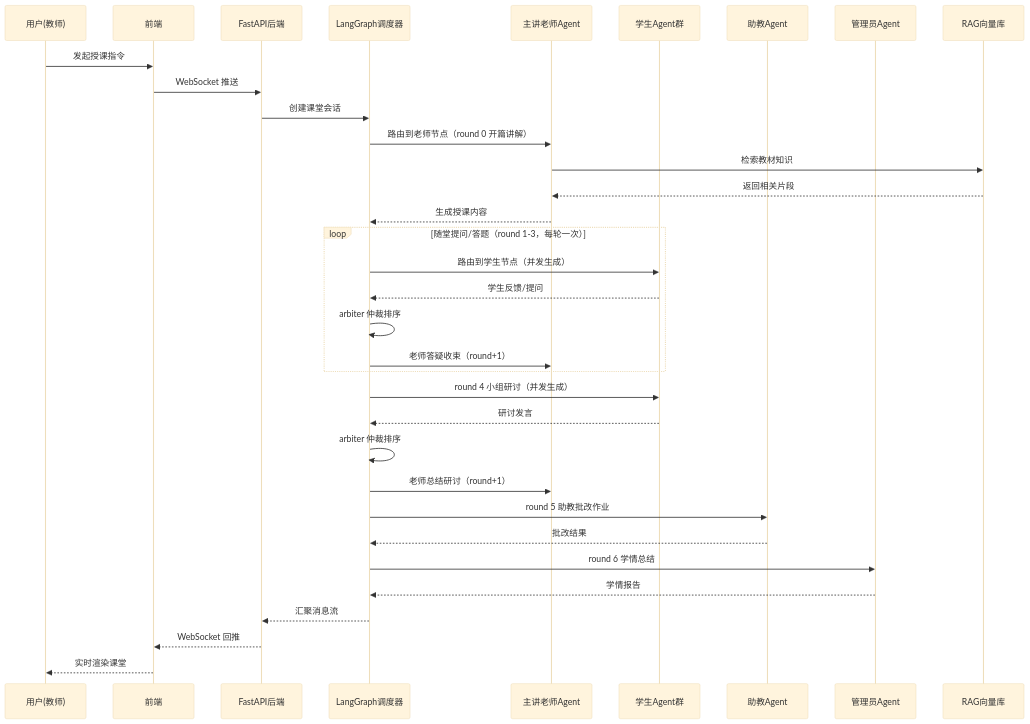
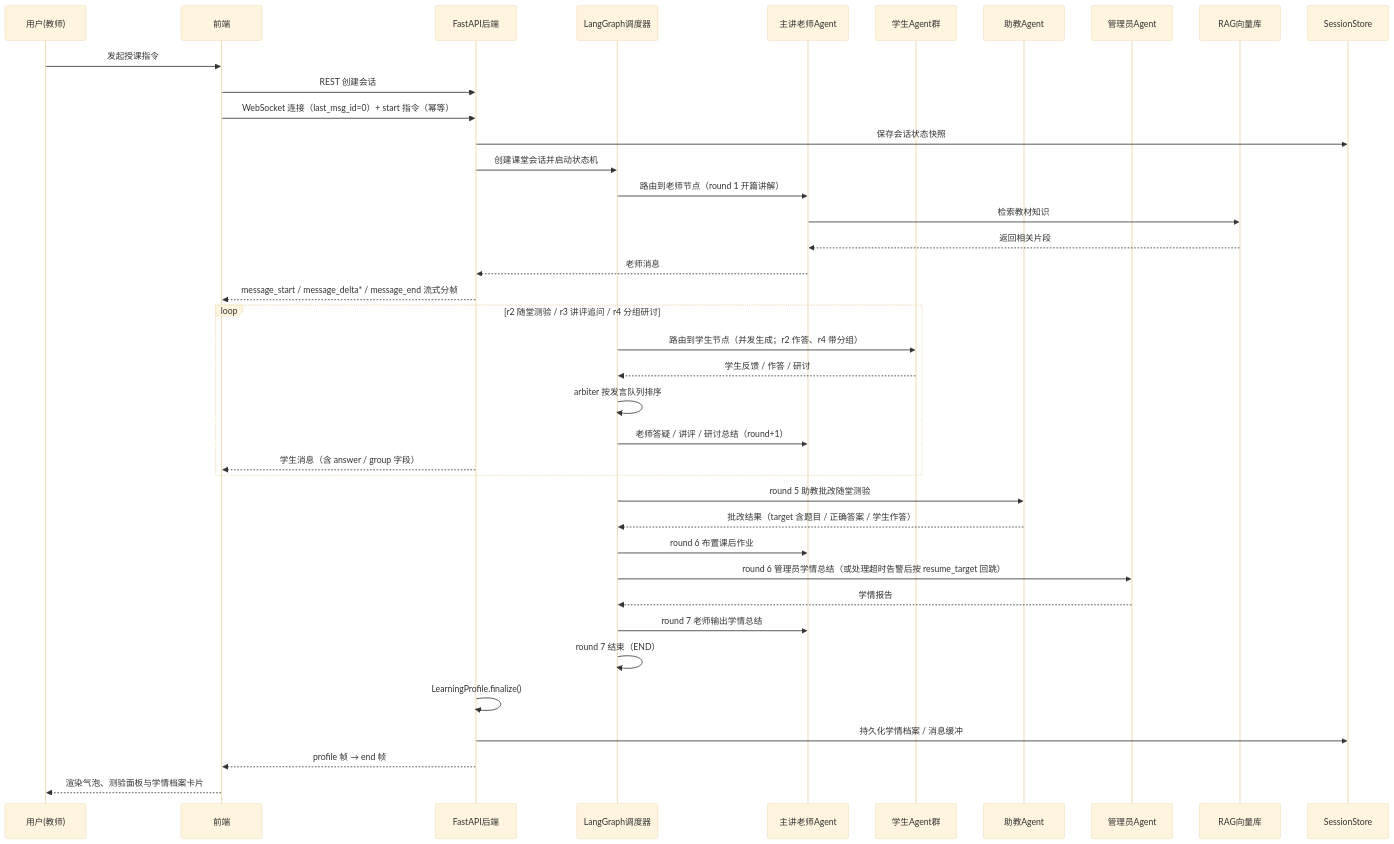
The third of 10 diagrams in AI_Classroom_多智能体互动教学课堂_项目文档.md (lz204/ai-classroom), drawn with Mermaid (base theme) before and after one commit. The commit also changed other lines of this file and 1 other file, not shown here.

````diff
--- a/AI_Classroom_多智能体互动教学课堂_项目文档.md
+++ b/AI_Classroom_多智能体互动教学课堂_项目文档.md
@@ -167,37 +185,42 @@
 ```mermaid
 sequenceDiagram
     participant U as 用户(教师)
     participant F as 前端
     participant B as FastAPI后端
     participant G as LangGraph调度器
     participant T as 主讲老师Agent
     participant S as 学生Agent群
     participant A as 助教Agent
     participant M as 管理员Agent
     participant R as RAG向量库
+    participant P as SessionStore
 
     U->>F: 发起授课指令
-    F->>B: WebSocket 推送
-    B->>G: 创建课堂会话
-    G->>T: 路由到老师节点（round 0 开篇讲解）
+    F->>B: REST 创建会话
+    F->>B: WebSocket 连接（last_msg_id=0）+ start 指令（幂等）
+    B->>P: 保存会话状态快照
+    B->>G: 创建课堂会话并启动状态机
+    G->>T: 路由到老师节点（round 1 开篇讲解）
     T->>R: 检索教材知识
     R-->>T: 返回相关片段
-    T-->>G: 生成授课内容
-    loop 随堂提问/答题（round 1-3，每轮一次）
-        G->>S: 路由到学生节点（并发生成）
-        S-->>G: 学生反馈/提问
-        G->>G: arbiter 仲裁排序
-        G->>T: 老师答疑收束（round+1）
+    T-->>B: 老师消息
+    B-->>F: message_start / message_delta* / message_end 流式分帧
+    loop r2 随堂测验 / r3 讲评追问 / r4 分组研讨
+        G->>S: 路由到学生节点（并发生成；r2 作答、r4 带分组）
+        S-->>G: 学生反馈 / 作答 / 研讨
+        G->>G: arbiter 按发言队列排序
+        G->>T: 老师答疑 / 讲评 / 研讨总结（round+1）
+        B-->>F: 学生消息（含 answer / group 字段）
     end
-    G->>S: round 4 小组研讨（并发生成）
-    S-->>G: 研讨发言
-    G->>G: arbiter 仲裁排序
-    G->>T: 老师总结研讨（round+1）
-    G->>A: round 5 助教批改作业
-    A-->>G: 批改结果
-    G->>M: round 6 学情总结
+    G->>A: round 5 助教批改随堂测验
+    A-->>G: 批改结果（target 含题目 / 正确答案 / 学生作答）
+    G->>T: round 6 布置课后作业
+    G->>M: round 6 管理员学情总结（或处理超时告警后按 resume_target 回跳）
     M-->>G: 学情报告
-    G-->>B: 汇聚消息流
-    B-->>F: WebSocket 回推
-    F-->>U: 实时渲染课堂
+    G->>T: round 7 老师输出学情总结
+    G->>G: round 7 结束（END）
+    B->>B: LearningProfile.finalize()
+    B->>P: 持久化学情档案 / 消息缓冲
+    B-->>F: profile 帧 → end 帧
+    F-->>U: 渲染气泡、测验面板与学情档案卡片
 ```
````
